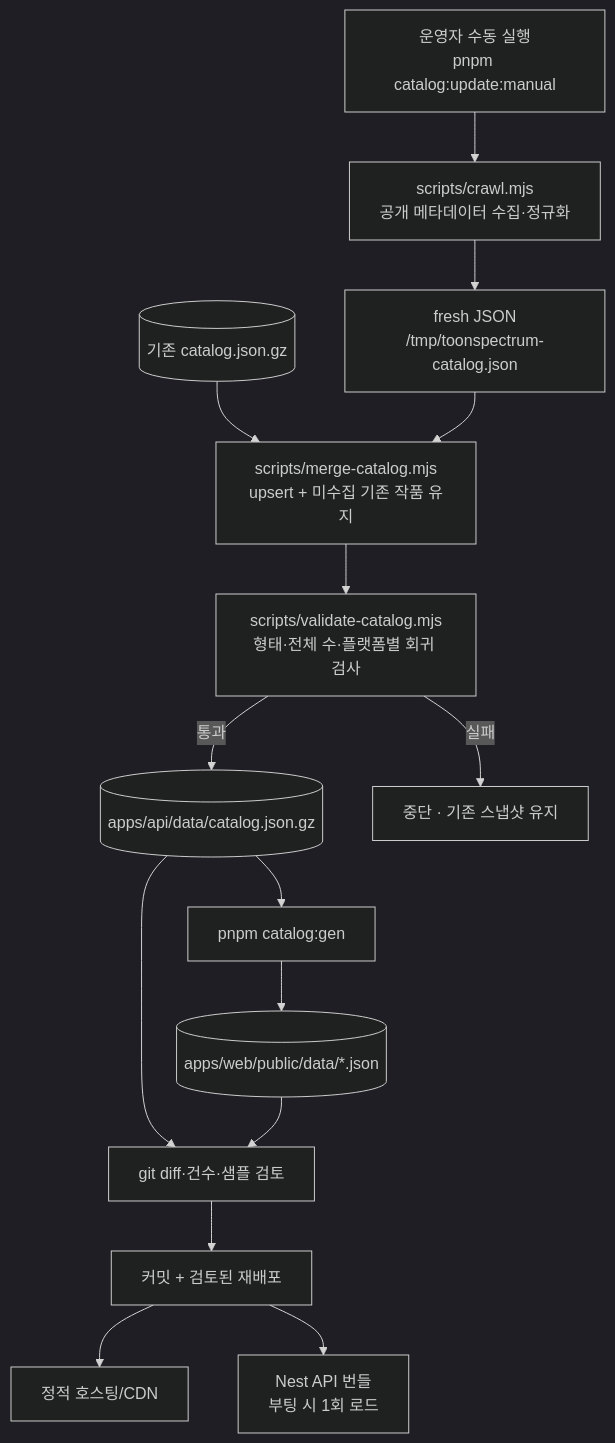
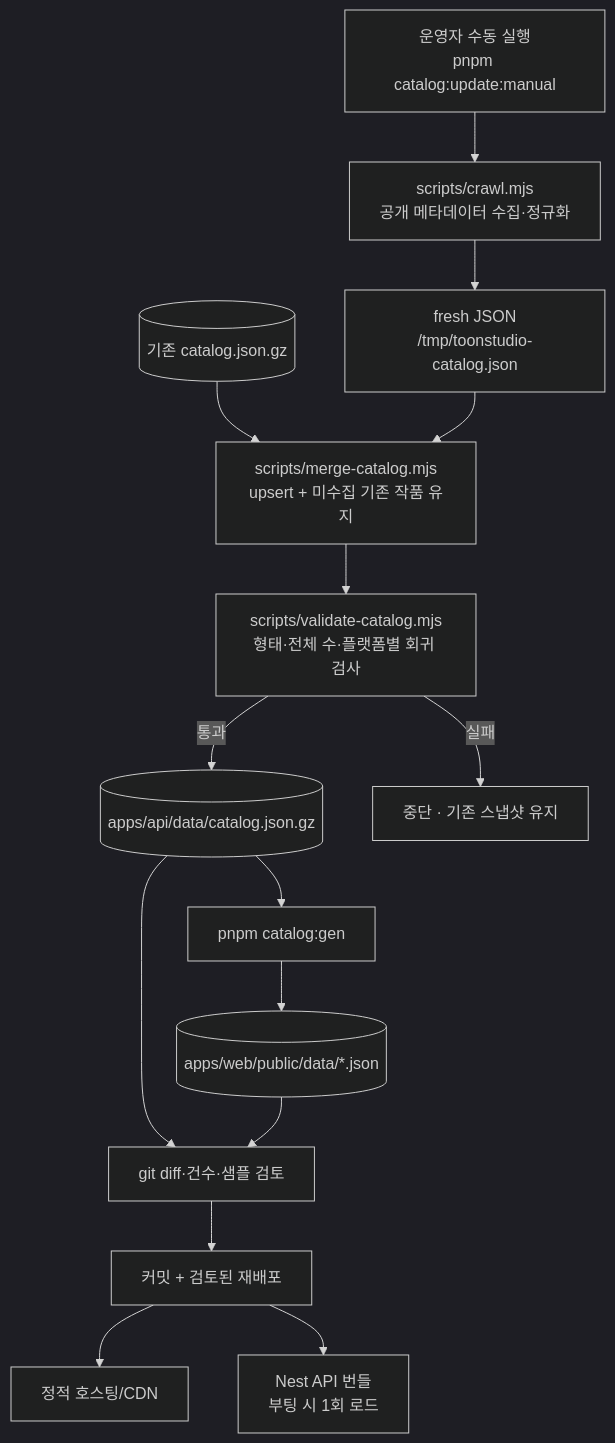
Before and after one commit to blue45f/toonspectrum: the diagram in docs/data-pipeline.md, drawn with Mermaid (dark theme). The commit also changed other lines of this file and 2897 other files, not shown here.

````diff
--- a/docs/data-pipeline.md
+++ b/docs/data-pipeline.md
@@ -18,17 +18,17 @@
 ```mermaid
 flowchart TD
   O["운영자 수동 실행<br/>pnpm catalog:update:manual"] --> C["scripts/crawl.mjs<br/>공개 메타데이터 수집·정규화"]
-  C --> F["fresh JSON<br/>/tmp/toonspectrum-catalog.json"]
+  C --> F["fresh JSON<br/>/tmp/toonstudio-catalog.json"]
   B[("기존 catalog.json.gz")] --> M["scripts/merge-catalog.mjs<br/>upsert + 미수집 기존 작품 유지"]
   F --> M
   M --> V["scripts/validate-catalog.mjs<br/>형태·전체 수·플랫폼별 회귀 검사"]
   V -->|통과| GZ[("apps/api/data/catalog.json.gz")]
   V -->|실패| STOP["중단 · 기존 스냅샷 유지"]
   GZ --> GEN["pnpm catalog:gen"]
   GEN --> STATIC[("apps/web/public/data/*.json")]
   GZ --> REVIEW["git diff·건수·샘플 검토"]
   STATIC --> REVIEW
   REVIEW --> COMMIT["커밋 + 검토된 재배포"]
   COMMIT --> CDN["정적 호스팅/CDN"]
   COMMIT --> API["Nest API 번들<br/>부팅 시 1회 로드"]
 ```
````
